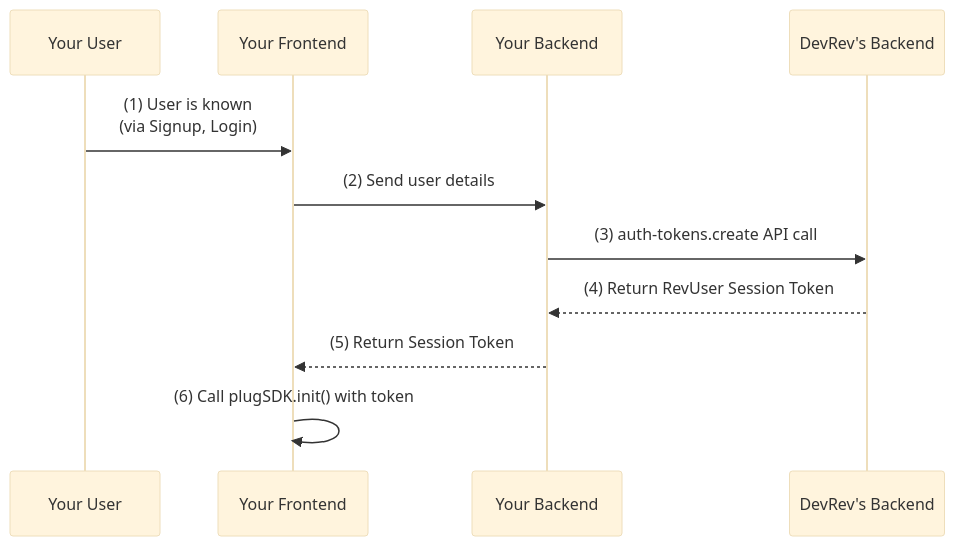
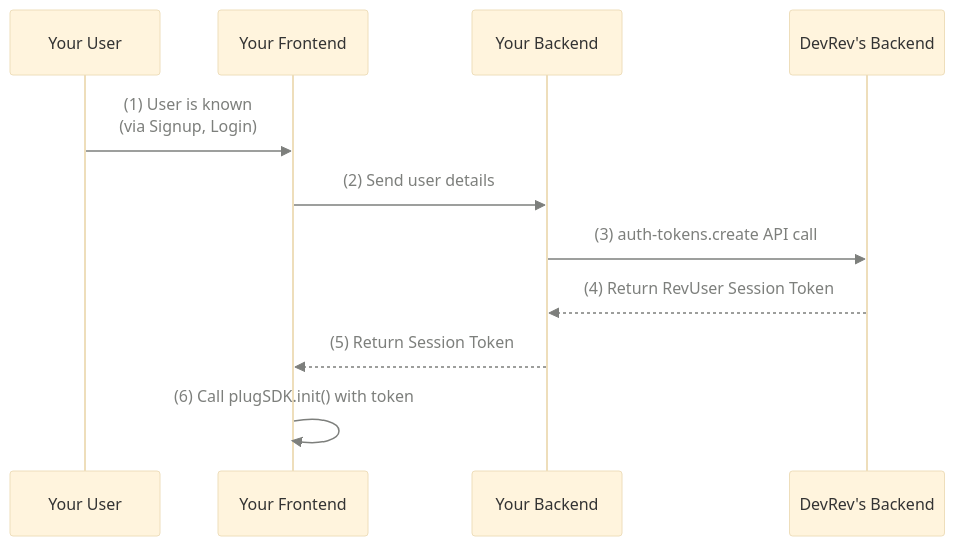
The diagram in fern/docs/pages/sdks/web/user-identity.mdx (devrev/fern-api-docs), drawn with Mermaid before and after one commit.

Commit message:
update font

````diff
--- a/fern/docs/pages/sdks/web/user-identity.mdx
+++ b/fern/docs/pages/sdks/web/user-identity.mdx
@@ -7,20 +7,27 @@
 ```mermaid
 ---
 config:
   theme: 'base'
   themeVariables:
     fontFamily: 'Segoe UI'
 ---
 sequenceDiagram
+%%{init: {
+    'theme': 'base',
+    'themeVariables': {
+        'fontFamily': 'Segoe UI',
+        'signalColor': '#7d7f7c',
+        'signalTextColor': '#7d7f7c'
+}}}%%
   participant User as Your User
   participant Frontend as Your Frontend
   participant Backend as Your Backend
   participant DevRev as DevRev's Backend
 
   User->>Frontend: (1) User is known<br/>(via Signup, Login)
   Frontend->>Backend: (2) Send user details
   Backend->>DevRev: (3) auth-tokens.create API call
   DevRev-->>Backend: (4) Return RevUser Session Token
   Backend-->>Frontend: (5) Return Session Token
   Frontend->>Frontend: (6) Call plugSDK.init() with token
 ```
````
